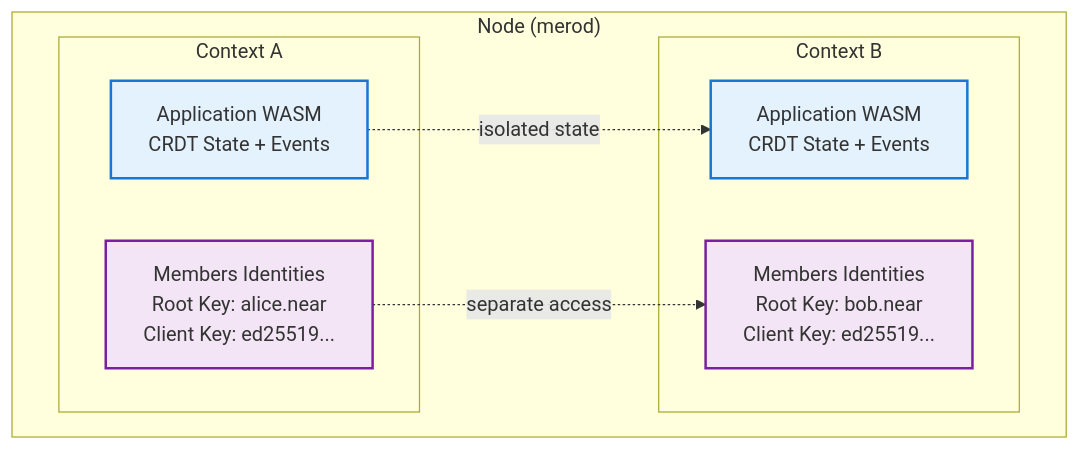
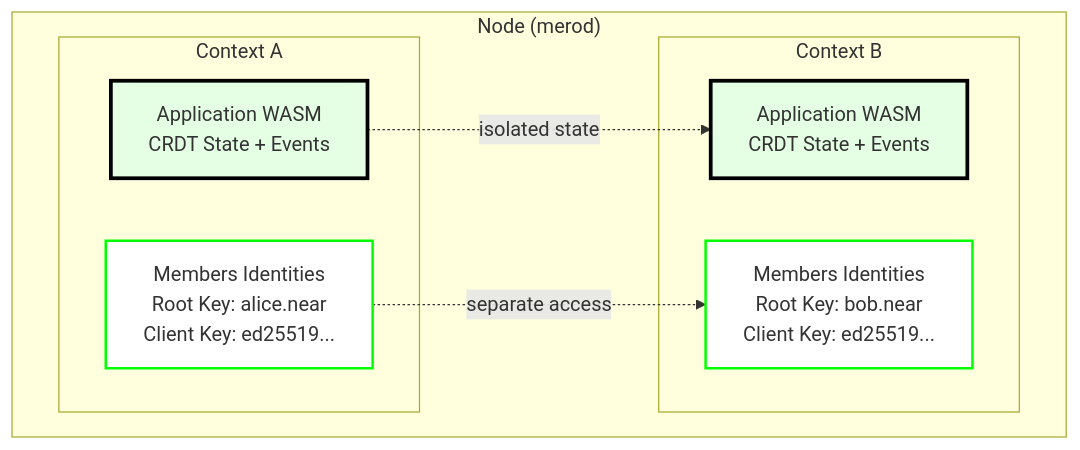
Before and after one commit to calimero-network/docs: the diagram in docs/core-concepts/index.md, drawn with Mermaid. The commit also changed 6 other files, not shown here.

First line of the commit message:
fix: Update all Mermaid diagrams to use black/green color scheme

````diff
--- a/docs/core-concepts/index.md
+++ b/docs/core-concepts/index.md
@@ -92,21 +92,21 @@
 ```mermaid
 graph TB
     subgraph "Node (merod)"
         subgraph "Context A"
             APP1[Application WASM<br/>CRDT State + Events]
             MEMBERS1[Members Identities<br/>Root Key: alice.near<br/>Client Key: ed25519...]
         end
         subgraph "Context B"
             APP2[Application WASM<br/>CRDT State + Events]
             MEMBERS2[Members Identities<br/>Root Key: bob.near<br/>Client Key: ed25519...]
         end
     end
     
     APP1 -.->|isolated state| APP2
     MEMBERS1 -.->|separate access| MEMBERS2
     
-    style APP1 fill:#e3f2fd,stroke:#1976d2,stroke-width:2px
-    style APP2 fill:#e3f2fd,stroke:#1976d2,stroke-width:2px
-    style MEMBERS1 fill:#f3e5f5,stroke:#7b1fa2,stroke-width:2px
-    style MEMBERS2 fill:#f3e5f5,stroke:#7b1fa2,stroke-width:2px
+    style APP1 fill:#e5ffe5,stroke:#000000,stroke-width:3px
+    style APP2 fill:#e5ffe5,stroke:#000000,stroke-width:3px
+    style MEMBERS1 fill:#ffffff,stroke:#00ff00,stroke-width:2px
+    style MEMBERS2 fill:#ffffff,stroke:#00ff00,stroke-width:2px
 ```
````
